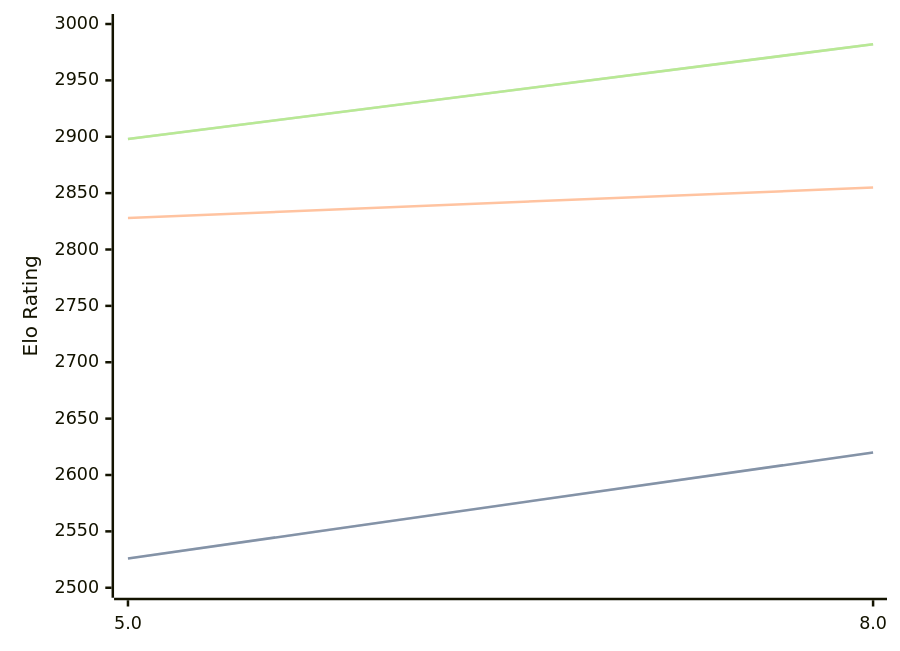
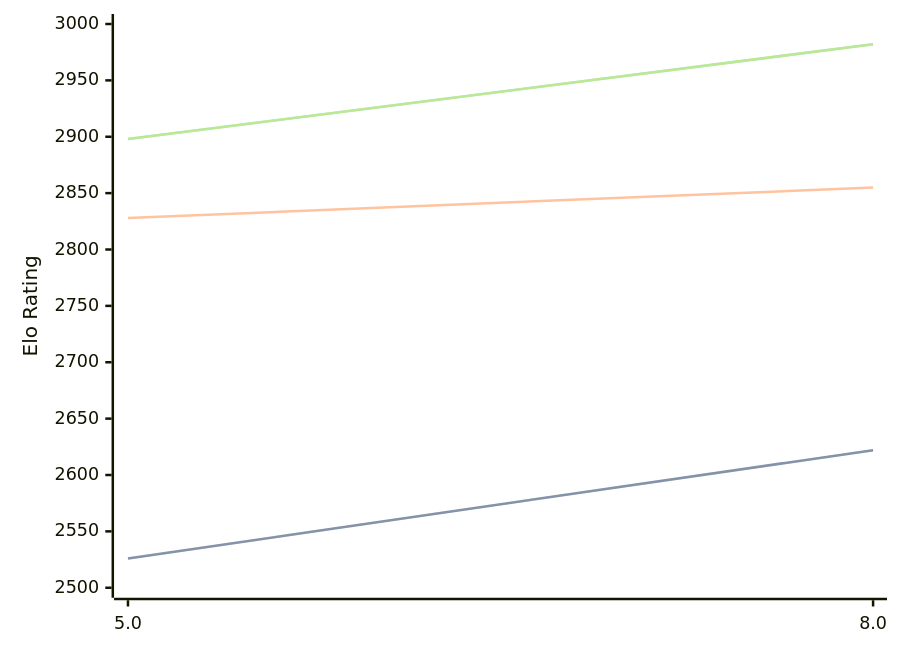
The diagram in engines/4kc.md (computer-chess-index/cci), drawn with Mermaid before and after one commit. The commit also changed other lines of this file, not shown here.

Commit message:
Update CCI Ratings (ELO VLTC) - 2026-04-21

````diff
--- a/engines/4kc.md
+++ b/engines/4kc.md
@@ -41,11 +41,11 @@
 ```mermaid
 %%{init: {"theme":"base","themeVariables":{"seriesColors:['#a3a3a3','#222221','#faa371']}}}%%
 xychart-beta
   x-axis ["5.0", "8.0"]
   y-axis "Elo Rating" 2500 --> 3000
-  line "STC (8.0+0.08s)" [2526, 2620]
-  line "STC (8.0+0.08s)" [2526, 2620]
+  line "STC (8.0+0.08s)" [2526, 2622]
+  line "STC (8.0+0.08s)" [2526, 2622]
   line "LTC (60.0+0.60s)" [2828, 2855]
   line "VLTC (2m24s+1.12s)" [2898, 2982]
   line "VLTC (2m24s+1.12s)" [2898, 2982]
 ```
````
